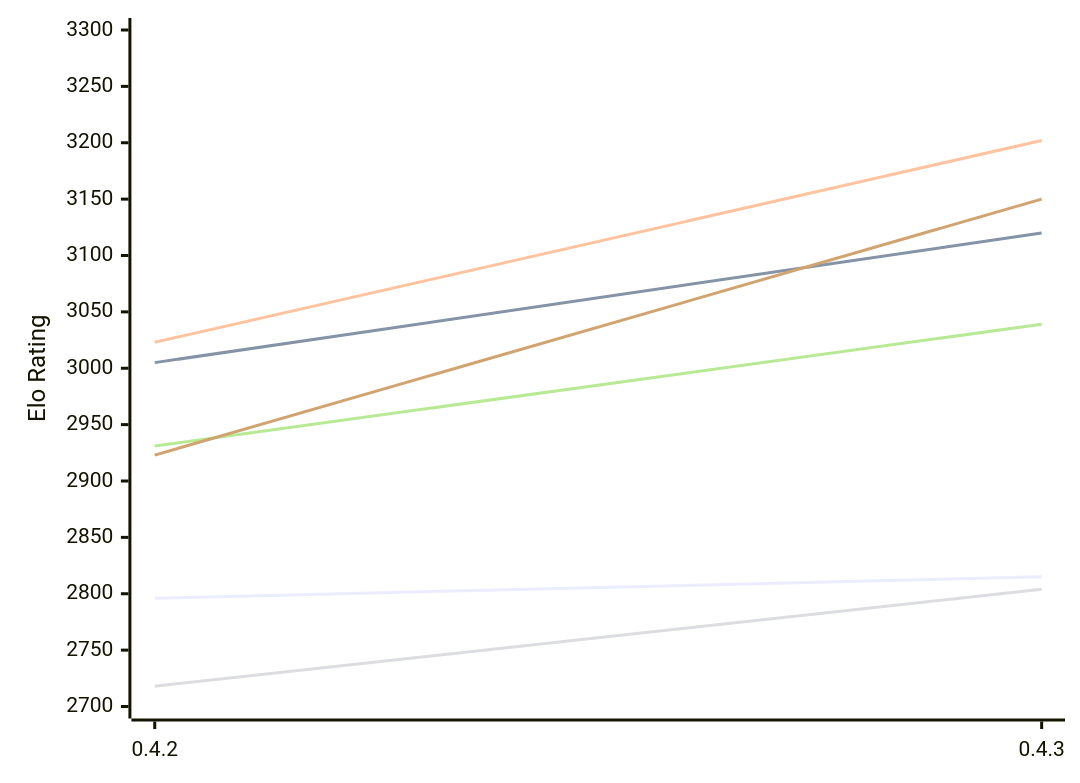
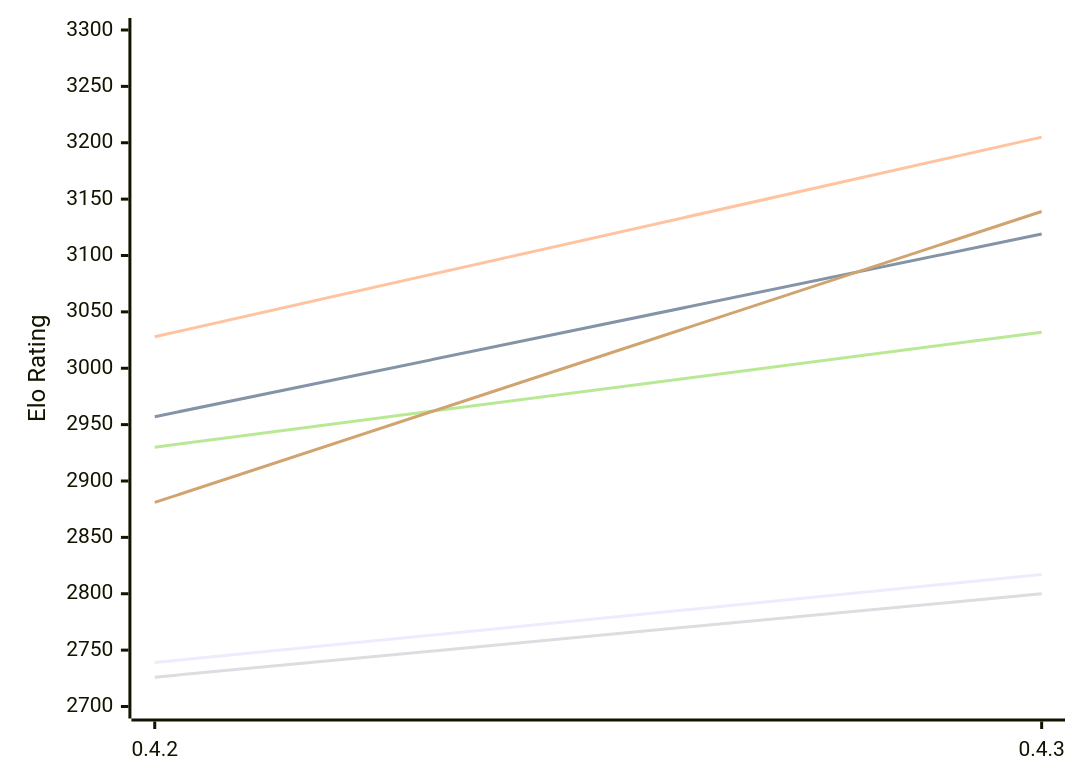
Before and after one commit to computer-chess-index/cci: the first of 2 diagrams in engines/Dual.md, drawn with Mermaid. The commit also changed other lines of this file, not shown here.

Commit message:
Update CCI Ratings (ELO VLTC) - 2026-11-15

````diff
--- a/engines/Dual.md
+++ b/engines/Dual.md
@@ -56,12 +56,12 @@
 ```mermaid
 %%{init: {"theme":"base","themeVariables":{"seriesColors:['#a3a3a3','#222221','#faa371']}}}%%
 xychart-beta
   x-axis ["0.4.2", "0.4.3"]
   y-axis "Elo Rating" 2700 --> 3300
-  line "E1: STC (8.0+0.08s)" [2796, 2815]
-  line "E1: LTC (60.0+0.60s)" [3005, 3120]
-  line "E1: VLTC (2m24s+1.12s)" [3023, 3202]
-  line "P1: STC (8.0+0.08s)" [2718, 2804]
-  line "P1: LTC (60.0+0.60s)" [2931, 3039]
-  line "P1: VLTC (2m24s+1.12s)" [2923, 3150]
+  line "E1: STC (8.0+0.08s)" [2739, 2817]
+  line "E1: LTC (60.0+0.60s)" [2957, 3119]
+  line "E1: VLTC (2m24s+1.12s)" [3028, 3205]
+  line "P1: STC (8.0+0.08s)" [2726, 2800]
+  line "P1: LTC (60.0+0.60s)" [2930, 3032]
+  line "P1: VLTC (2m24s+1.12s)" [2881, 3139]
 ```
````
